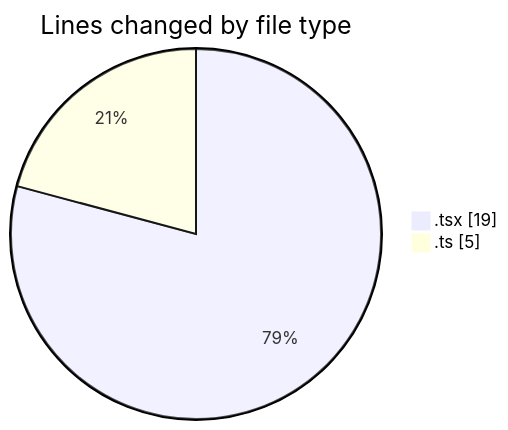
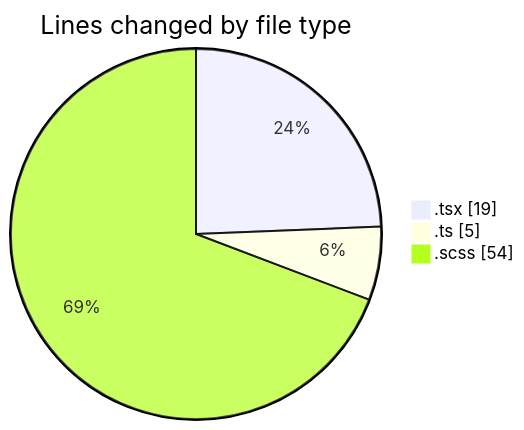
Before and after one commit to momahboobian/code-tracking: the first of 2 diagrams in 2025-02-28/cda/README.md, drawn with Mermaid. The commit also changed other lines of this file and 1 other file, not shown here.

````diff
--- a/2025-02-28/cda/README.md
+++ b/2025-02-28/cda/README.md
@@ -22,6 +23,7 @@
 ```mermaid
 pie showData
 title Lines changed by file type
 ".tsx" : 19
 ".ts" : 5
+".scss" : 54
 ```
````
